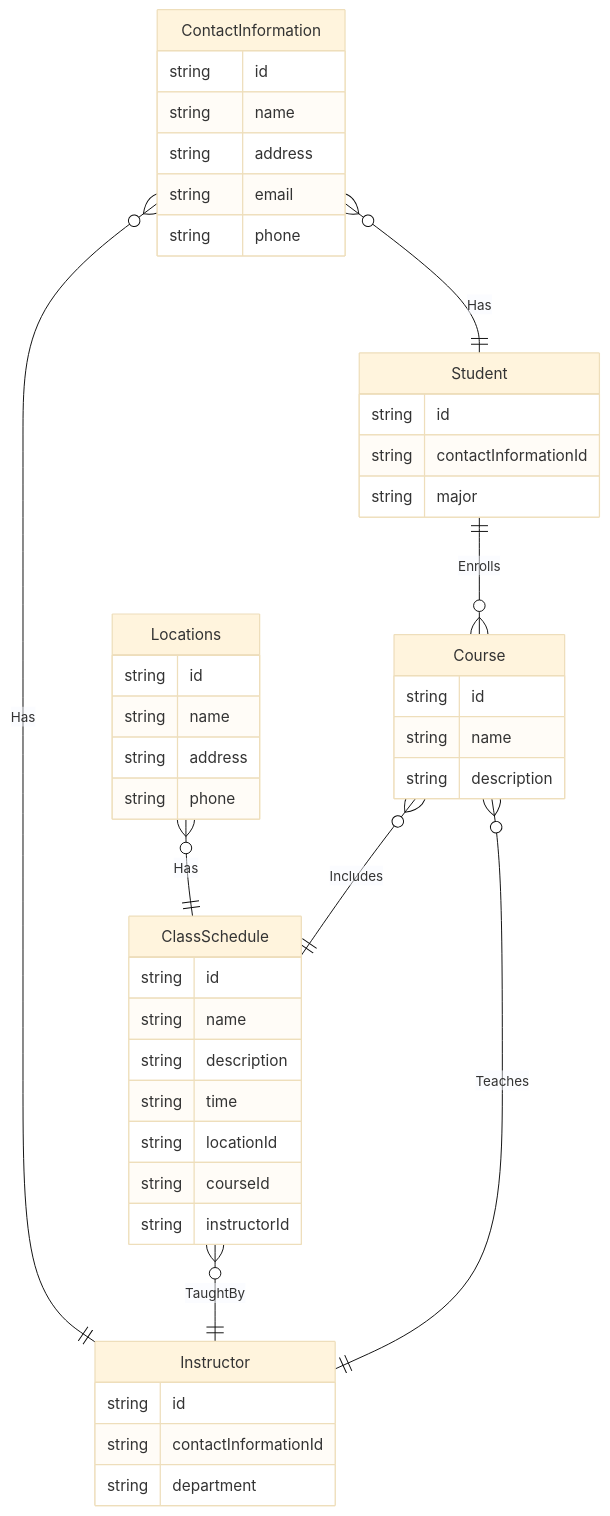
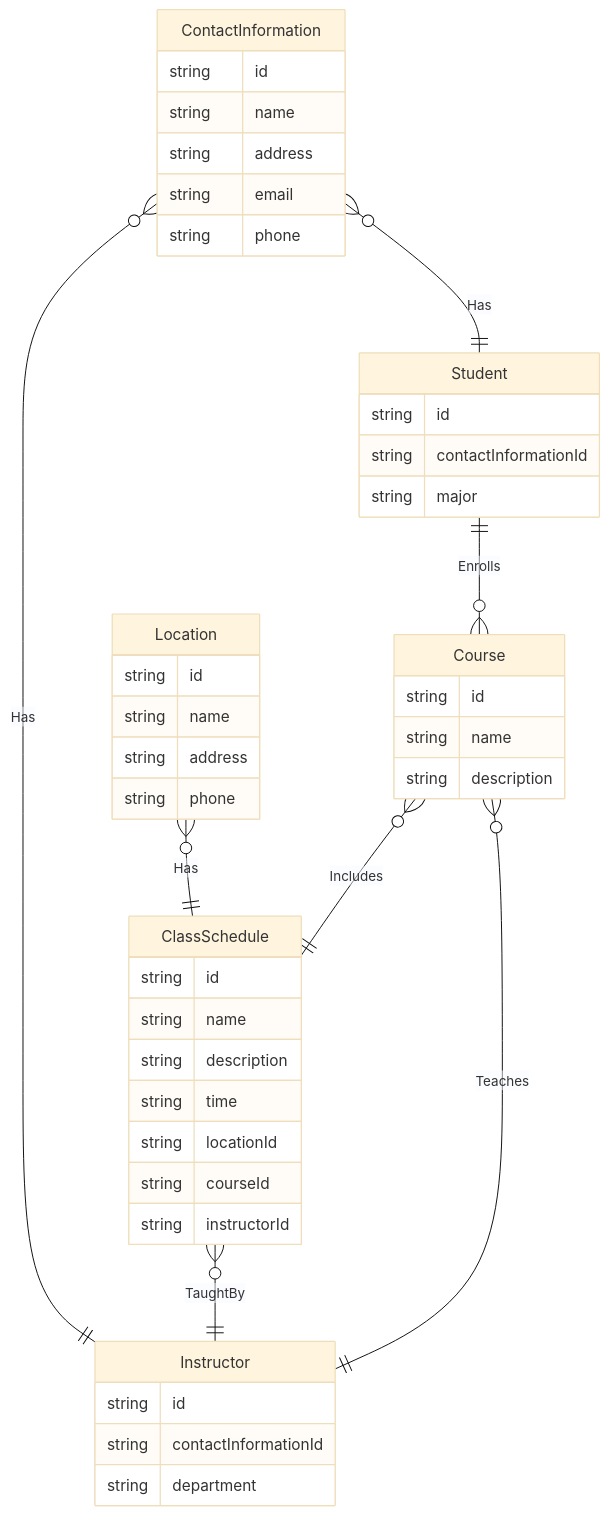
Before and after one commit to icozma/Scheduling-Classes: the diagram in README.md, drawn with Mermaid (base theme).

````diff
--- a/README.md
+++ b/README.md
@@ -8,50 +8,50 @@
 ```mermaid
 erDiagram
     Student ||--o{ Course : Enrolls
     Student {
         string id
         string contactInformationId
         string major
     }
     Course }o--|| ClassSchedule : Includes
     Course {
         string id
         string name
         string description
     }
     ClassSchedule }o--|| Instructor : TaughtBy
     ClassSchedule {
         string id
         string name
         string description
         string time
         string locationId
         string courseId
         string instructorId
     }
     
     Instructor ||--o{ Course : Teaches
     Instructor {
         string id
         string contactInformationId
         string department
     }
 
     ContactInformation }o--|| Instructor : Has
     ContactInformation }o--|| Student : Has
     ContactInformation {
         string id
         string name
         string address
         string email
         string phone
     }
 
-    Locations }o--|| ClassSchedule : Has
-    Locations {
+    Location }o--|| ClassSchedule : Has
+    Location {
         string id
         string name
         string address
         string phone
     }
 ```
````
